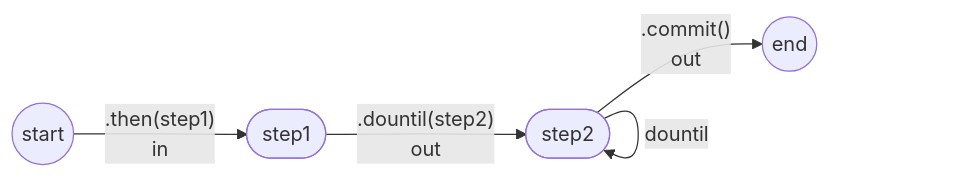
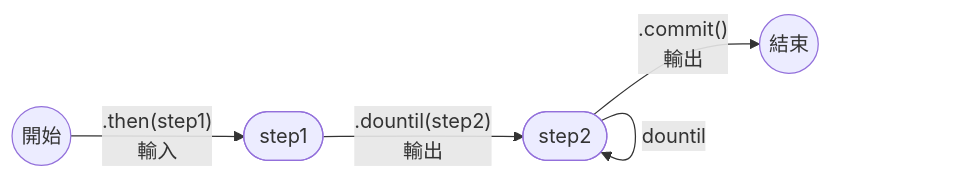
One commit to youngjunning/mastra.youngjunning.com changed the fifth of 7 diagrams in i18n/zh-HK/docusaurus-plugin-content-docs/current/workflows/control-flow.mdx. Above: the diagram before and after it, drawn with Mermaid. The commit also changed other lines of this file and 3073 other files, not shown here.

````diff
--- a/i18n/zh-HK/docusaurus-plugin-content-docs/current/workflows/control-flow.mdx
+++ b/i18n/zh-HK/docusaurus-plugin-content-docs/current/workflows/control-flow.mdx
@@ -561,11 +561,11 @@
 ```mermaid
 flowchart LR
-  accTitle: Repeat a workflow step with dountil
-  accDescr: The workflow runs step1, then repeats step2 until its condition becomes true before continuing to the end.
-  start(( start )) -->|".then(step1)"<br/>in| step1([step1])
-  step1 -->|".dountil(step2)"<br/>out| step2([step2])
-  step2 -->|".commit()"<br/>out| endNode(( end ))
+  accTitle: 使用 dountil 重複執行 Workflow 步驟
+  accDescr: Workflow 先執行 step1，再重複執行 step2，直到條件成立，然後結束。
+  start(( 開始 )) -->|".then(step1)"<br/>輸入| step1([step1])
+  step1 -->|".dountil(step2)"<br/>輸出| step2([step2])
+  step2 -->|".commit()"<br/>輸出| endNode(( 結束 ))
   step2 -- dountil --> step2
 
   class endNode accent
 ```
````
